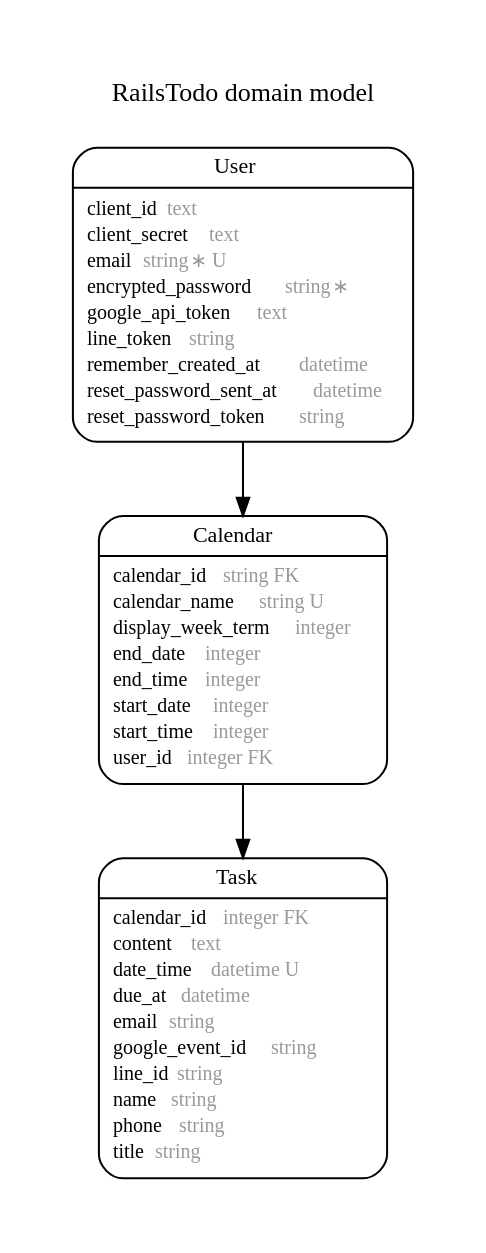
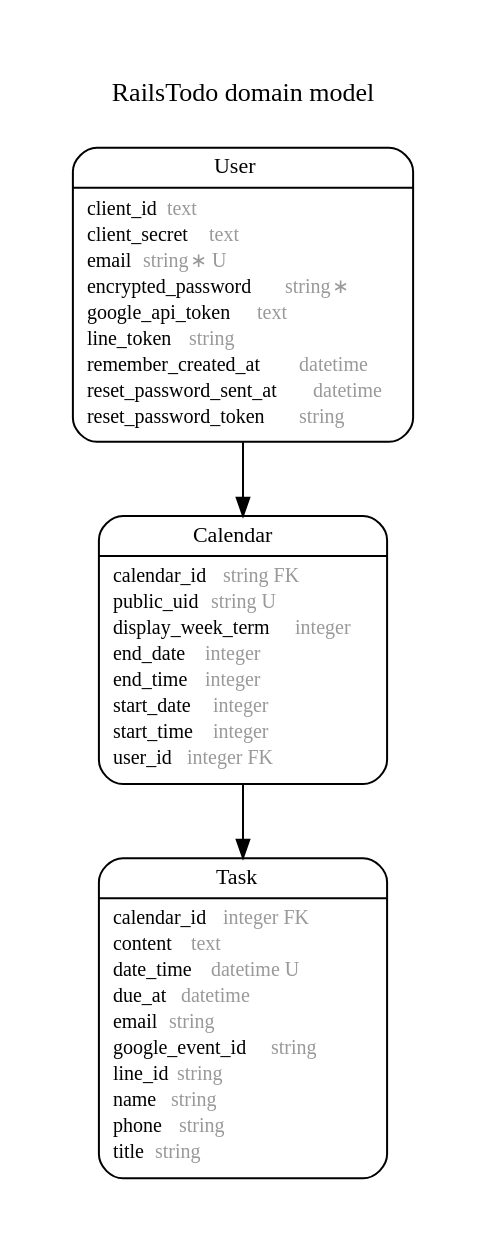
The diagram in erd.dot (FireEngineer/booking_app), drawn with Graphviz before and after one commit. The commit also changed 22 other files, not shown here.

```diff
--- a/erd.dot
+++ b/erd.dot
@@ -1,66 +1,66 @@
 digraph RailsTodo {
 rankdir = "LR";
 ranksep = "0.5";
 nodesep = "0.4";
 pad = "0.4,0.4";
 margin = "0,0";
 concentrate = "true";
 labelloc = "t";
 fontsize = "13";
 fontname = "Arial BoldMT";
 splines = "spline";
 node[ shape  =  "Mrecord" , fontsize  =  "10" , fontname  =  "ArialMT" , margin  =  "0.07,0.05" , penwidth  =  "1.0"];
 edge[ fontname  =  "ArialMT" , fontsize  =  "7" , dir  =  "both" , arrowsize  =  "0.9" , penwidth  =  "1.0" , labelangle  =  "32" , labeldistance  =  "1.8"];
 rankdir = "TB";
 label = "RailsTodo domain model\n\n";
 m_Calendar [label = <{<table border="0" align="center" cellspacing="0.5" cellpadding="0" width="134">
   <tr><td align="center" valign="bottom" width="130"><font face="Arial BoldMT" point-size="11">Calendar</font></td></tr>
 </table>
 |
 <table border="0" align="left" cellspacing="2" cellpadding="0" width="134">
   <tr><td align="left" width="130" port="calendar_id">calendar_id <font face="Arial ItalicMT" color="grey60">string FK</font></td></tr>
-  <tr><td align="left" width="130" port="calendar_name">calendar_name <font face="Arial ItalicMT" color="grey60">string U</font></td></tr>
+  <tr><td align="left" width="130" port="public_uid">public_uid <font face="Arial ItalicMT" color="grey60">string U</font></td></tr>
   <tr><td align="left" width="130" port="display_week_term">display_week_term <font face="Arial ItalicMT" color="grey60">integer</font></td></tr>
   <tr><td align="left" width="130" port="end_date">end_date <font face="Arial ItalicMT" color="grey60">integer</font></td></tr>
   <tr><td align="left" width="130" port="end_time">end_time <font face="Arial ItalicMT" color="grey60">integer</font></td></tr>
   <tr><td align="left" width="130" port="start_date">start_date <font face="Arial ItalicMT" color="grey60">integer</font></td></tr>
   <tr><td align="left" width="130" port="start_time">start_time <font face="Arial ItalicMT" color="grey60">integer</font></td></tr>
   <tr><td align="left" width="130" port="user_id">user_id <font face="Arial ItalicMT" color="grey60">integer FK</font></td></tr>
 </table>
 }>];
 m_Task [label = <{<table border="0" align="center" cellspacing="0.5" cellpadding="0" width="134">
   <tr><td align="center" valign="bottom" width="130"><font face="Arial BoldMT" point-size="11">Task</font></td></tr>
 </table>
 |
 <table border="0" align="left" cellspacing="2" cellpadding="0" width="134">
   <tr><td align="left" width="130" port="calendar_id">calendar_id <font face="Arial ItalicMT" color="grey60">integer FK</font></td></tr>
   <tr><td align="left" width="130" port="content">content <font face="Arial ItalicMT" color="grey60">text</font></td></tr>
   <tr><td align="left" width="130" port="date_time">date_time <font face="Arial ItalicMT" color="grey60">datetime U</font></td></tr>
   <tr><td align="left" width="130" port="due_at">due_at <font face="Arial ItalicMT" color="grey60">datetime</font></td></tr>
   <tr><td align="left" width="130" port="email">email <font face="Arial ItalicMT" color="grey60">string</font></td></tr>
   <tr><td align="left" width="130" port="google_event_id">google_event_id <font face="Arial ItalicMT" color="grey60">string</font></td></tr>
   <tr><td align="left" width="130" port="line_id">line_id <font face="Arial ItalicMT" color="grey60">string</font></td></tr>
   <tr><td align="left" width="130" port="name">name <font face="Arial ItalicMT" color="grey60">string</font></td></tr>
   <tr><td align="left" width="130" port="phone">phone <font face="Arial ItalicMT" color="grey60">string</font></td></tr>
   <tr><td align="left" width="130" port="title">title <font face="Arial ItalicMT" color="grey60">string</font></td></tr>
 </table>
 }>];
 m_User [label = <{<table border="0" align="center" cellspacing="0.5" cellpadding="0" width="134">
   <tr><td align="center" valign="bottom" width="130"><font face="Arial BoldMT" point-size="11">User</font></td></tr>
 </table>
 |
 <table border="0" align="left" cellspacing="2" cellpadding="0" width="134">
   <tr><td align="left" width="130" port="client_id">client_id <font face="Arial ItalicMT" color="grey60">text</font></td></tr>
   <tr><td align="left" width="130" port="client_secret">client_secret <font face="Arial ItalicMT" color="grey60">text</font></td></tr>
   <tr><td align="left" width="130" port="email">email <font face="Arial ItalicMT" color="grey60">string ∗ U</font></td></tr>
   <tr><td align="left" width="130" port="encrypted_password">encrypted_password <font face="Arial ItalicMT" color="grey60">string ∗</font></td></tr>
   <tr><td align="left" width="130" port="google_api_token">google_api_token <font face="Arial ItalicMT" color="grey60">text</font></td></tr>
   <tr><td align="left" width="130" port="line_token">line_token <font face="Arial ItalicMT" color="grey60">string</font></td></tr>
   <tr><td align="left" width="130" port="remember_created_at">remember_created_at <font face="Arial ItalicMT" color="grey60">datetime</font></td></tr>
   <tr><td align="left" width="130" port="reset_password_sent_at">reset_password_sent_at <font face="Arial ItalicMT" color="grey60">datetime</font></td></tr>
   <tr><td align="left" width="130" port="reset_password_token">reset_password_token <font face="Arial ItalicMT" color="grey60">string</font></td></tr>
 </table>
 }>];
   m_User -> m_Calendar [arrowhead = "normal", arrowtail = "none", weight = "2"];
   m_Calendar -> m_Task [arrowhead = "normal", arrowtail = "none", weight = "2"];
 }
```
